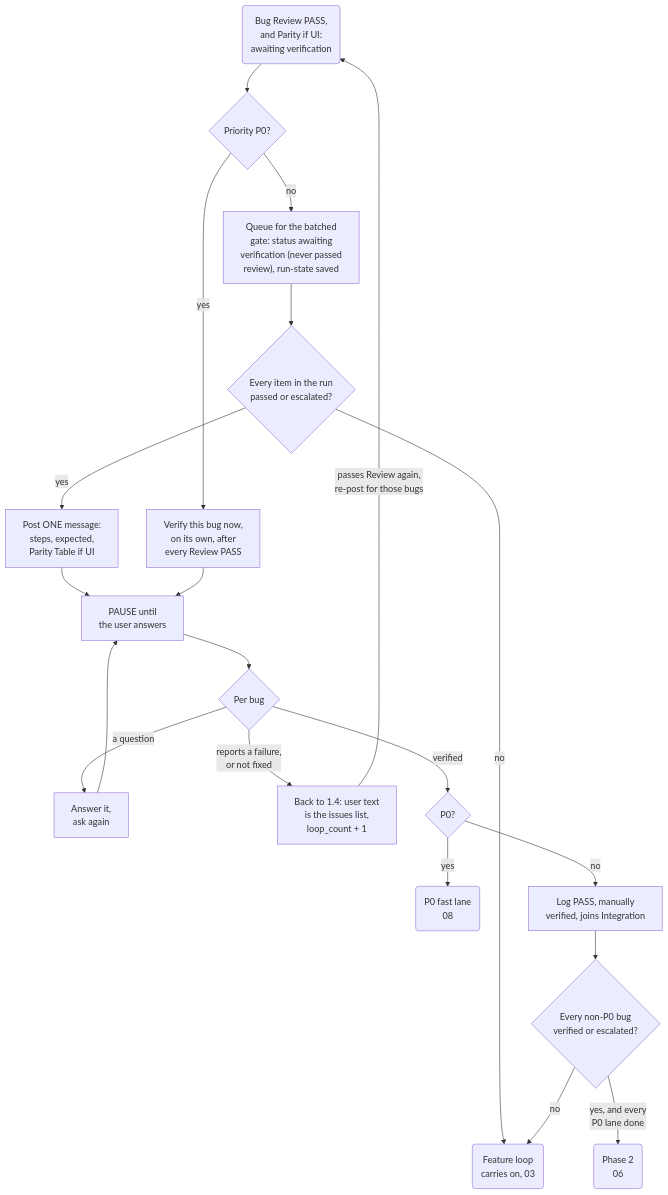
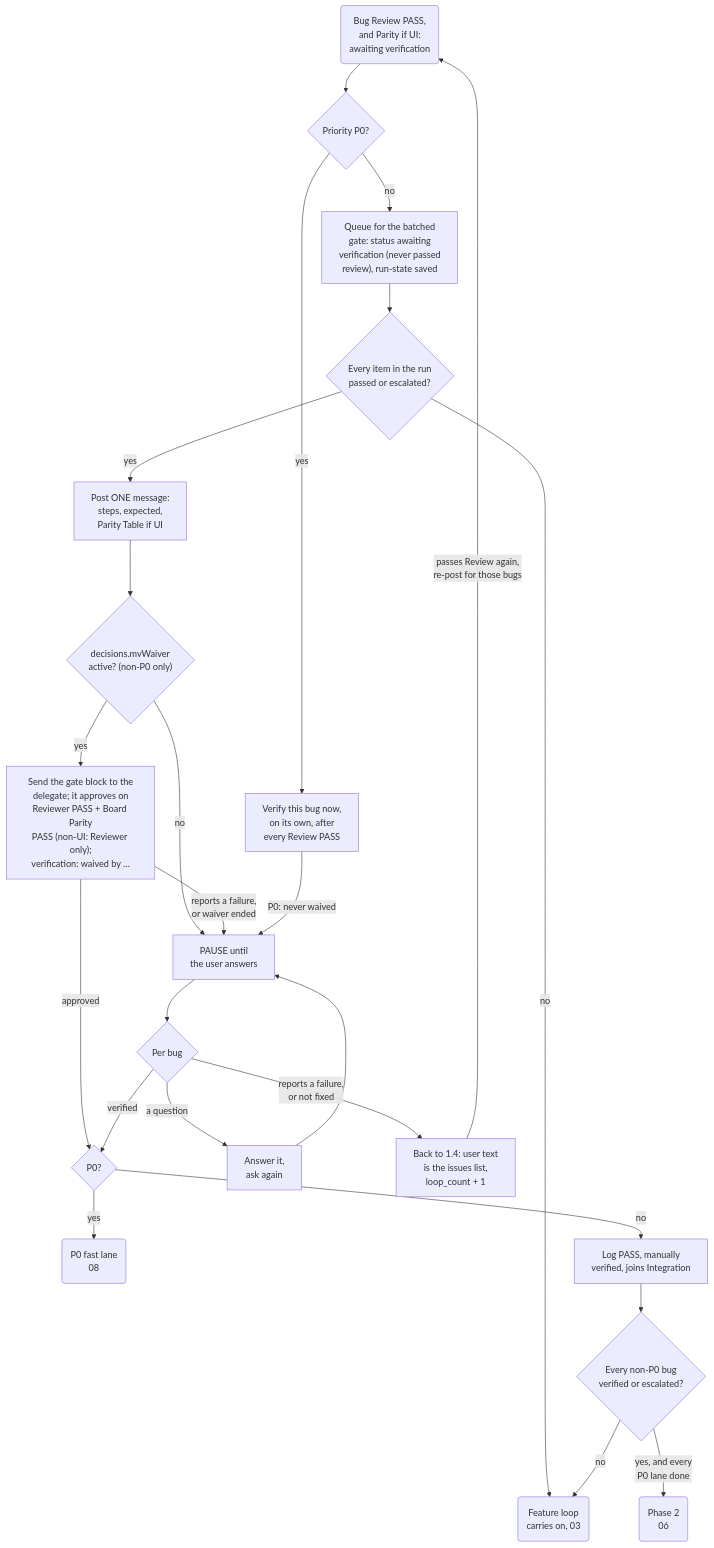
One commit to muhammedalikhan86/claude-stash changed the second of 2 diagrams in skills/plugin-orchestrator-development-pattern/mermaid/05-manual-verification-and-bugs.md. Above: the diagram before and after it, drawn with Mermaid. The commit also changed other lines of this file and 30 other files, not shown here.

First line of the commit message:
feat(skills): disparity-checker, findings intake, major-only parity gate; link accounts

````diff
--- a/skills/plugin-orchestrator-development-pattern/mermaid/05-manual-verification-and-bugs.md
+++ b/skills/plugin-orchestrator-development-pattern/mermaid/05-manual-verification-and-bugs.md
@@ -34,22 +34,26 @@
 ```mermaid
 flowchart TD
     S0("Bug Review PASS,<br/>and Parity if UI:<br/>awaiting verification") --> P0q{"Priority P0?"}
     P0q -->|"yes"| Now["Verify this bug now,<br/>on its own, after<br/>every Review PASS"]
     P0q -->|"no"| Queue["Queue for the batched<br/>gate: status awaiting<br/>verification (never passed<br/>review), run-state saved"]
     Queue --> All{"Every item in the run<br/>passed or escalated?"}
     All -->|"no"| Wait("Feature loop<br/>carries on, 03")
     All -->|"yes"| Msg["Post ONE message:<br/>steps, expected,<br/>Parity Table if UI"]
-    Msg --> Pause["PAUSE until<br/>the user answers"]
-    Now --> Pause
+    Msg --> Waiver{"decisions.mvWaiver<br/>active? (non-P0 only)"}
+    Waiver -->|"no"| Pause["PAUSE until<br/>the user answers"]
+    Waiver -->|"yes"| Deleg["Send the gate block to the<br/>delegate; it approves on<br/>Reviewer PASS + Board Parity<br/>PASS (non-UI: Reviewer only);<br/>verification: waived by …"]
+    Deleg -->|"approved"| P0v
+    Deleg -->|"reports a failure,<br/>or waiver ended"| Pause
+    Now -->|"P0: never waived"| Pause
     Pause --> Ans{"Per bug"}
     Ans -->|"a question"| Answer["Answer it,<br/>ask again"]
     Answer --> Pause
     Ans -->|"reports a failure,<br/>or not fixed"| Retry["Back to 1.4: user text<br/>is the issues list,<br/>loop_count + 1"]
     Retry -->|"passes Review again,<br/>re-post for those bugs"| S0
     Ans -->|"verified"| P0v{"P0?"}
     P0v -->|"yes"| Fast("P0 fast lane<br/>08")
     P0v -->|"no"| Join["Log PASS, manually<br/>verified, joins Integration"]
     Join --> Gate{"Every non-P0 bug<br/>verified or escalated?"}
     Gate -->|"no"| Wait
     Gate -->|"yes, and every<br/>P0 lane done"| P2("Phase 2<br/>06")
 ```
````
